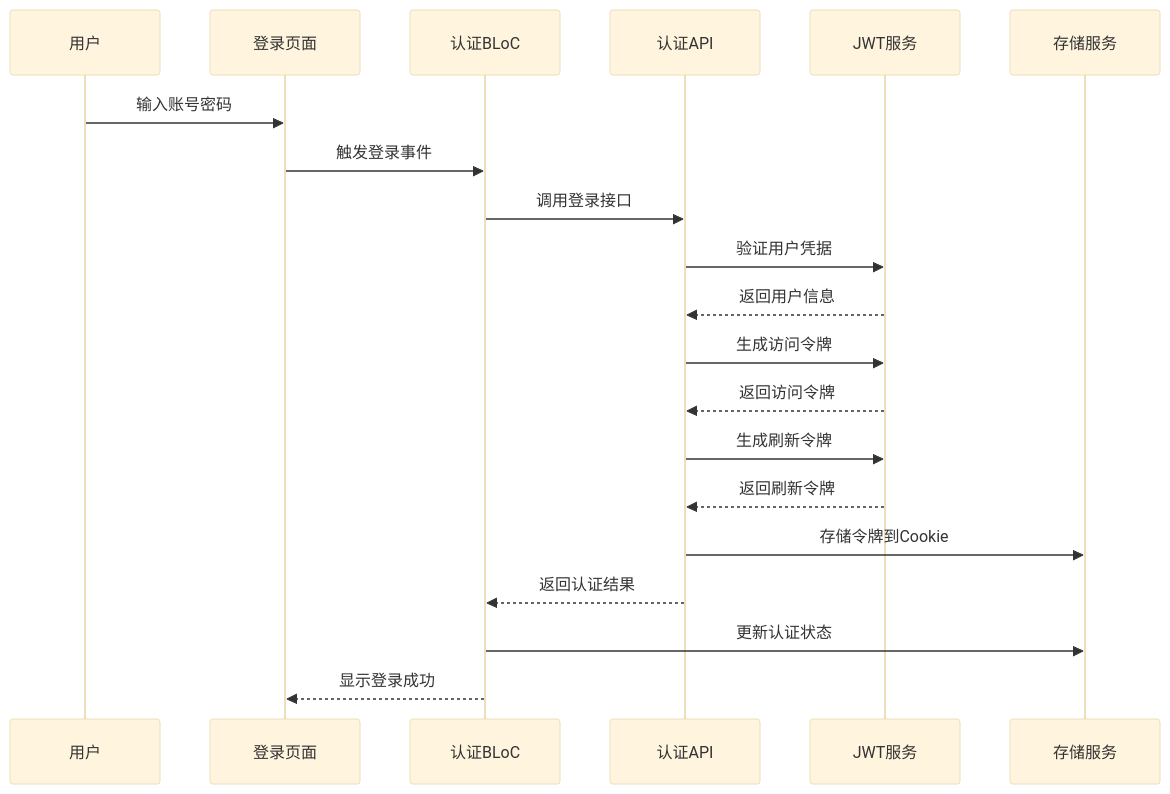
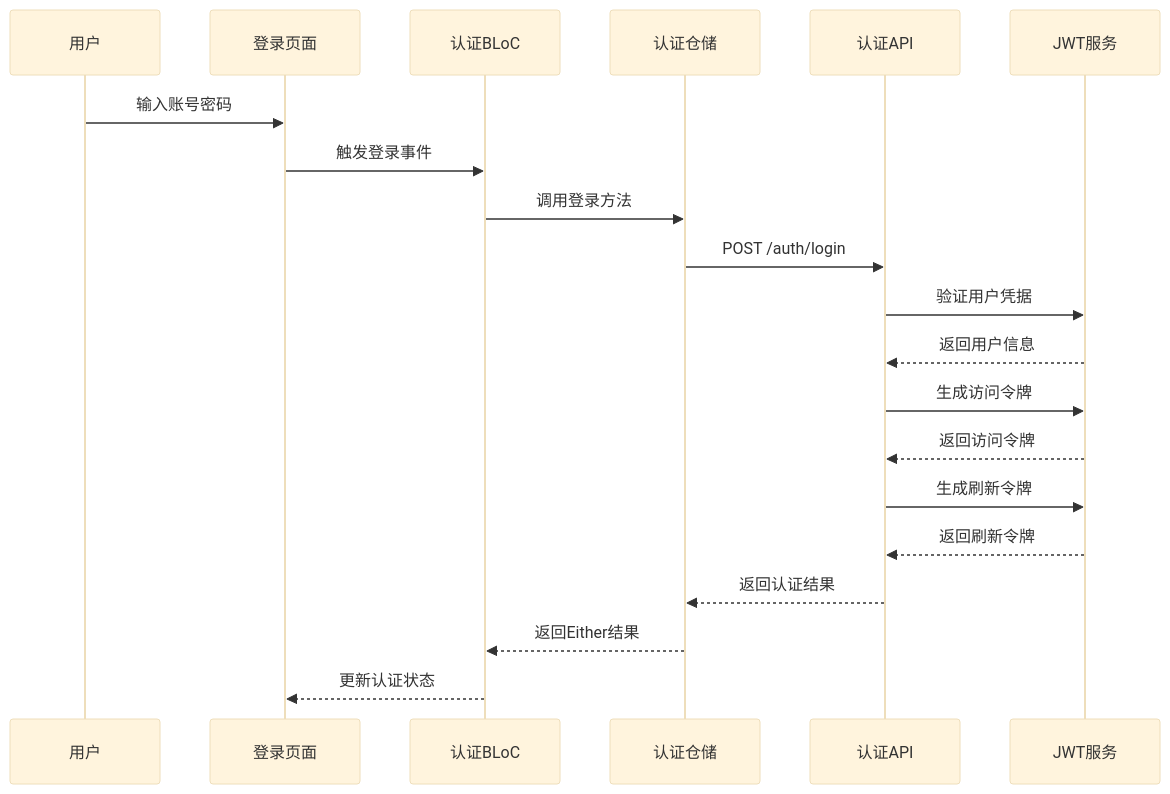
One commit to mcmrzy/cs_inv_monitor-develop changed the sixth of 14 diagrams in .qoder/repowiki/zh/content/移动端应用/用户认证模块.md. Above: the diagram before and after it, drawn with Mermaid (base theme). The commit also changed other lines of this file and 128 other files, not shown here.

````diff
--- a/.qoder/repowiki/zh/content/移动端应用/用户认证模块.md
+++ b/.qoder/repowiki/zh/content/移动端应用/用户认证模块.md
@@ -236,22 +261,22 @@
 ```mermaid
 sequenceDiagram
 participant User as 用户
 participant LoginPage as 登录页面
 participant AuthBloc as 认证BLoC
+participant AuthRepository as 认证仓储
 participant AuthAPI as 认证API
 participant JWTService as JWT服务
-participant Storage as 存储服务
 User->>LoginPage : 输入账号密码
 LoginPage->>AuthBloc : 触发登录事件
-AuthBloc->>AuthAPI : 调用登录接口
+AuthBloc->>AuthRepository : 调用登录方法
+AuthRepository->>AuthAPI : POST /auth/login
 AuthAPI->>JWTService : 验证用户凭据
 JWTService-->>AuthAPI : 返回用户信息
 AuthAPI->>JWTService : 生成访问令牌
 JWTService-->>AuthAPI : 返回访问令牌
 AuthAPI->>JWTService : 生成刷新令牌
 JWTService-->>AuthAPI : 返回刷新令牌
-AuthAPI->>Storage : 存储令牌到Cookie
-AuthAPI-->>AuthBloc : 返回认证结果
-AuthBloc->>Storage : 更新认证状态
-AuthBloc-->>LoginPage : 显示登录成功
+AuthAPI-->>AuthRepository : 返回认证结果
+AuthRepository-->>AuthBloc : 返回Either结果
+AuthBloc-->>LoginPage : 更新认证状态
 ```
````
